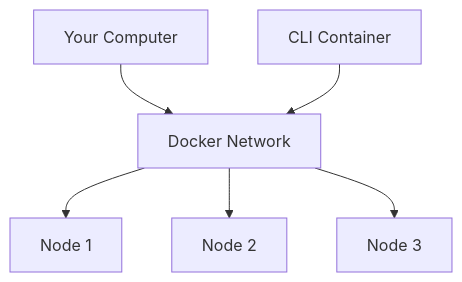
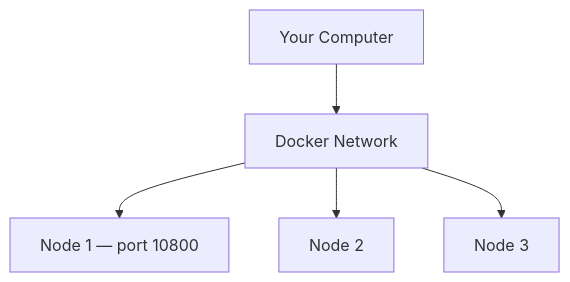
The diagram in handson1/README.md (GridGain-Demos/ignite-fundamentals-developer-training), drawn with Mermaid before and after one commit. The commit also changed other lines of this file and 15 other files, not shown here.

````diff
--- a/handson1/README.md
+++ b/handson1/README.md
@@ -15,8 +12,7 @@
 ```mermaid
 graph TD
     A[Your Computer] --> B[Docker Network]
-    B --> C[Node 1]
+    B --> C[Node 1 — port 10800]
     B --> D[Node 2]
     B --> E[Node 3]
-    F[CLI Container] --> B
 ```
````
